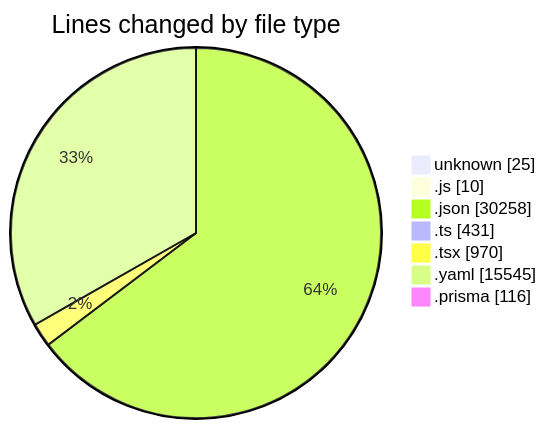
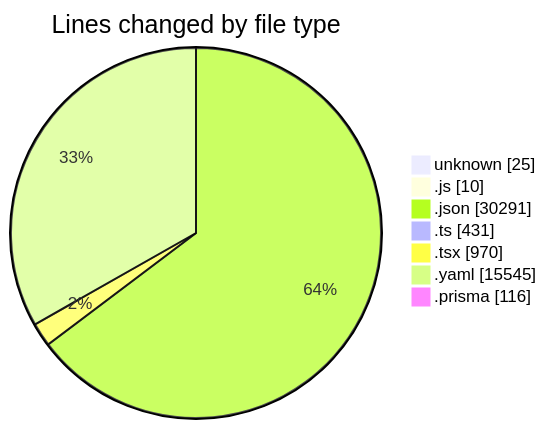
The first of 2 diagrams in 2025-05-02/ecodeli/README.md (CELIANVF/code-tracking), drawn with Mermaid before and after one commit. The commit also changed other lines of this file and 1 other file, not shown here.

````diff
--- a/2025-05-02/ecodeli/README.md
+++ b/2025-05-02/ecodeli/README.md
@@ -44,11 +44,11 @@
 ```mermaid
 pie showData
 title Lines changed by file type
 "unknown" : 25
 ".js" : 10
-".json" : 30258
+".json" : 30291
 ".ts" : 431
 ".tsx" : 970
 ".yaml" : 15545
 ".prisma" : 116
 ```
````
